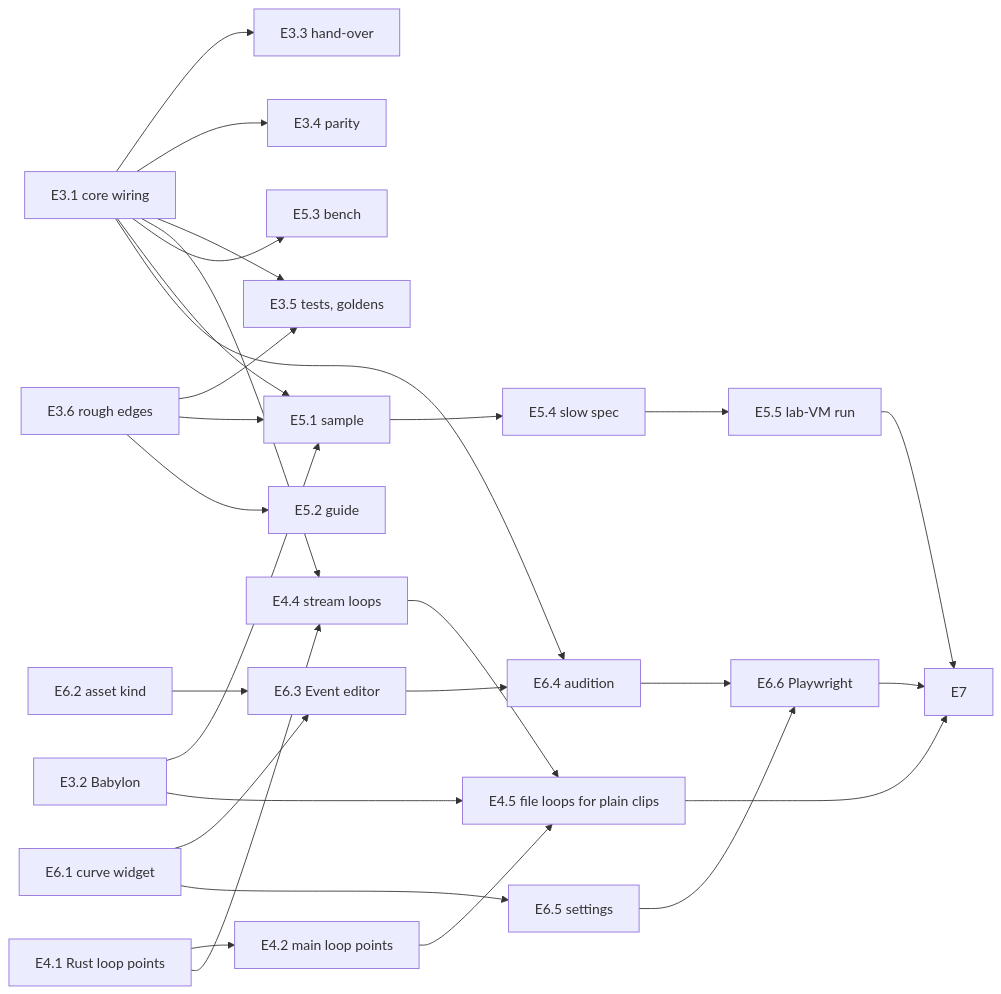
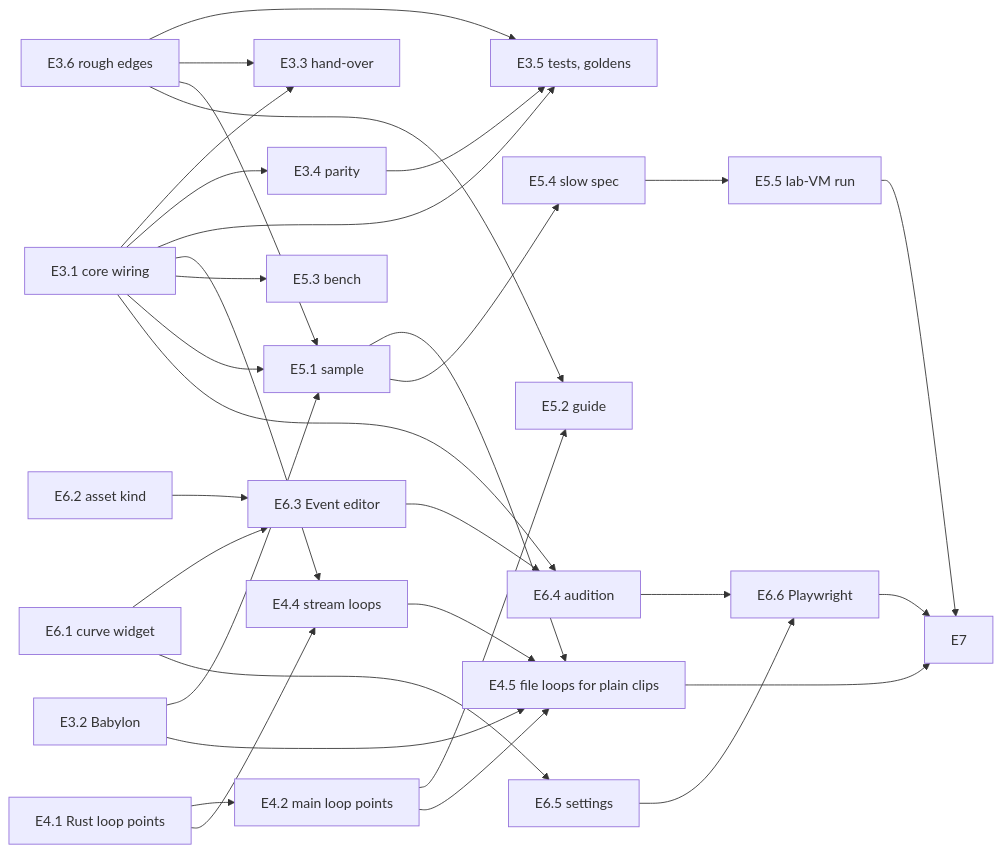
Before and after one commit to doughtnerd/TranquilityEngine: the diagram in docs/plans/2026-11-audio-events-m2-waves.md, drawn with Mermaid. The commit also changed other lines of this file and 1 other file, not shown here.

````diff
--- a/docs/plans/2026-11-audio-events-m2-waves.md
+++ b/docs/plans/2026-11-audio-events-m2-waves.md
@@ -44,15 +44,18 @@
 ```mermaid
 flowchart LR
   E31[E3.1 core wiring] --> E33[E3.3 hand-over] & E34[E3.4 parity] & E35[E3.5 tests, goldens] & E44[E4.4 stream loops] & E53[E5.3 bench]
   E32[E3.2 Babylon] --> E51[E5.1 sample]
-  E36[E3.6 rough edges] --> E35 & E51 & E52[E5.2 guide]
+  E36[E3.6 rough edges] --> E35 & E33 & E51 & E52[E5.2 guide]
+  E34 --> E35
+  E42 --> E52
+  E51 --> E45
   E31 --> E51
   E41[E4.1 Rust loop points] --> E42[E4.2 main loop points] & E44
   E42 & E44 & E32 --> E45[E4.5 file loops for plain clips]
   E51 --> E54[E5.4 slow spec] --> E55[E5.5 lab-VM run]
   E61[E6.1 curve widget] --> E63[E6.3 Event editor] & E65[E6.5 settings]
   E62[E6.2 asset kind] --> E63 --> E64[E6.4 audition] --> E66[E6.6 Playwright]
   E31 --> E64
   E65 --> E66
   E55 & E66 & E45 --> E7[E7]
 ```
````
